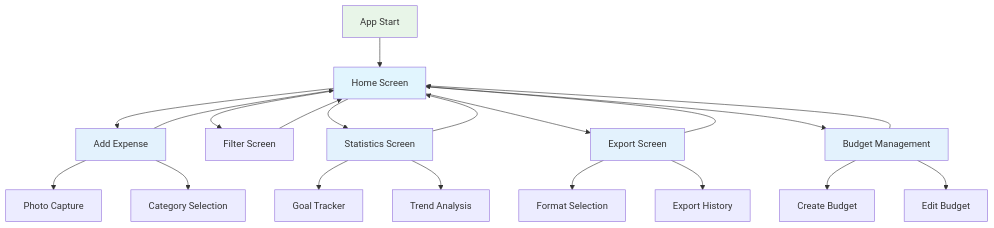
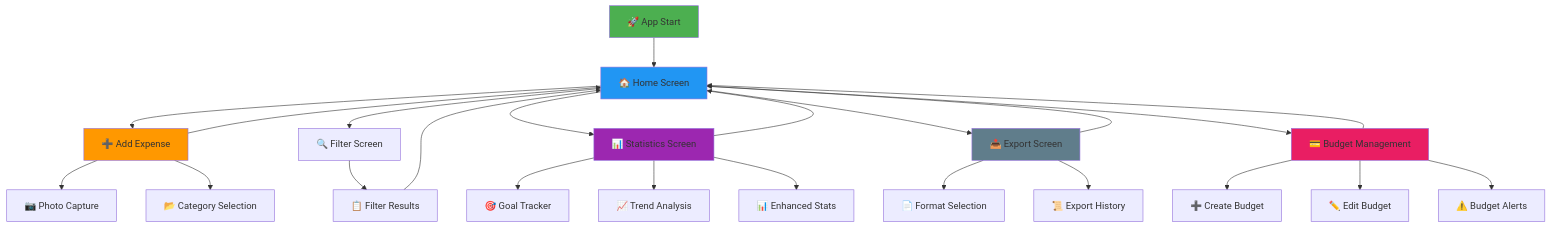
The sixth of 8 diagrams in README.md (sagarkhakhar/ExpenseTracker), drawn with Mermaid before and after one commit. The commit also changed other lines of this file, not shown here.

````diff
--- a/README.md
+++ b/README.md
@@ -329,33 +335,37 @@
 ```mermaid
 graph TD
-    Start[App Start] --> Home[Home Screen]
-    Home --> AddExpense[Add Expense]
-    Home --> Filter[Filter Screen]
-    Home --> Stats[Statistics Screen]
-    Home --> Export[Export Screen]
-    Home --> Budget[Budget Management]
+    Start[🚀 App Start] --> Home[🏠 Home Screen]
+    Home --> AddExpense[➕ Add Expense]
+    Home --> Filter[🔍 Filter Screen]
+    Home --> Stats[📊 Statistics Screen]
+    Home --> Export[📤 Export Screen]
+    Home --> Budget[💳 Budget Management]
 
-    AddExpense --> PhotoCapture[Photo Capture]
-    AddExpense --> CategorySelect[Category Selection]
+    AddExpense --> PhotoCapture[📷 Photo Capture]
+    AddExpense --> CategorySelect[📂 Category Selection]
     AddExpense --> Home
 
-    Filter --> Home
-    Stats --> GoalTracker[Goal Tracker]
-    Stats --> TrendAnalysis[Trend Analysis]
+    Filter --> FilterResults[📋 Filter Results]
+    FilterResults --> Home
+
+    Stats --> GoalTracker[🎯 Goal Tracker]
+    Stats --> TrendAnalysis[📈 Trend Analysis]
+    Stats --> EnhancedStats[📊 Enhanced Stats]
     Stats --> Home
 
-    Export --> FormatSelect[Format Selection]
-    Export --> History[Export History]
+    Export --> FormatSelect[📄 Format Selection]
+    Export --> ExportHistory[📜 Export History]
     Export --> Home
 
-    Budget --> BudgetCreate[Create Budget]
-    Budget --> BudgetEdit[Edit Budget]
+    Budget --> BudgetCreate[➕ Create Budget]
+    Budget --> BudgetEdit[✏️ Edit Budget]
+    Budget --> BudgetAlert[⚠️ Budget Alerts]
     Budget --> Home
 
-    style Start fill:#e8f5e8
-    style Home fill:#e1f5fe
-    style AddExpense fill:#e3f2fd
-    style Stats fill:#e3f2fd
-    style Export fill:#e3f2fd
-    style Budget fill:#e3f2fd
+    style Start fill:#4caf50
+    style Home fill:#2196f3
+    style AddExpense fill:#ff9800
+    style Stats fill:#9c27b0
+    style Export fill:#607d8b
+    style Budget fill:#e91e63
 ```
````
